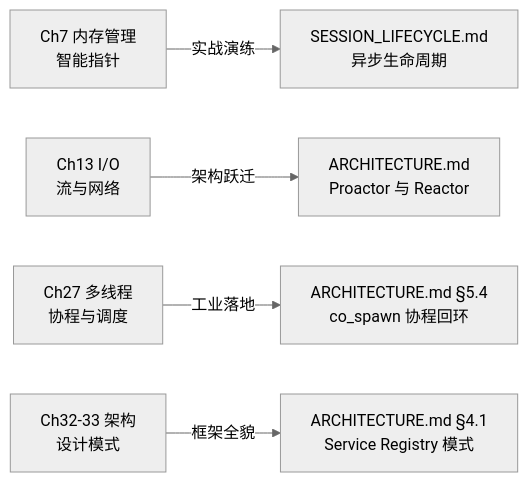
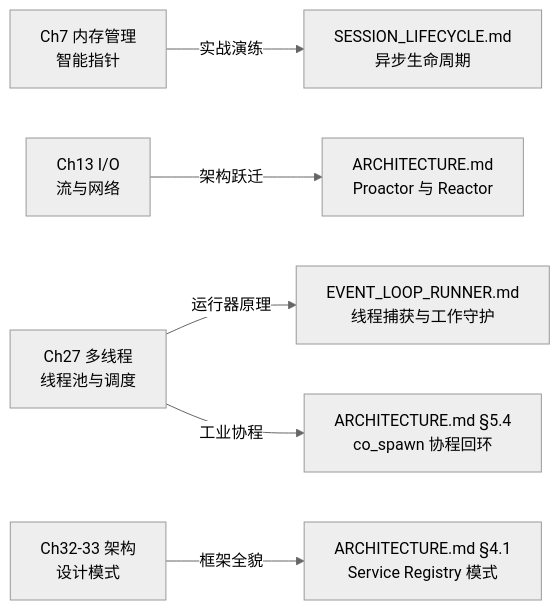
One commit to luckyJimLu/professional-cpp-learning changed the diagram in frameworks/asio/README.md. Above: the diagram before and after it, drawn with Mermaid (neutral theme). The commit also changed other lines of this file and 3 other files, not shown here.

Commit message:
docs(asio): add comprehensive event loop and thread pool runner document

````diff
--- a/frameworks/asio/README.md
+++ b/frameworks/asio/README.md
@@ -36,7 +37,8 @@
 ```mermaid
 flowchart LR
     Ch7["Ch7 内存管理<br/>智能指针"] -->|"实战演练"| DocLife["SESSION_LIFECYCLE.md<br/>异步生命周期"]
     Ch13["Ch13 I/O<br/>流与网络"] -->|"架构跃迁"| DocArch["ARCHITECTURE.md<br/>Proactor 与 Reactor"]
-    Ch27["Ch27 多线程<br/>协程与调度"] -->|"工业落地"| DocCoro["ARCHITECTURE.md §5.4<br/>co_spawn 协程回环"]
+    Ch27["Ch27 多线程<br/>线程池与调度"] -->|"运行器原理"| DocRunner["EVENT_LOOP_RUNNER.md<br/>线程捕获与工作守护"]
+    Ch27 -->|"工业协程"| DocCoro["ARCHITECTURE.md §5.4<br/>co_spawn 协程回环"]
     Ch32["Ch32-33 架构<br/>设计模式"] -->|"框架全貌"| DocSvc["ARCHITECTURE.md §4.1<br/>Service Registry 模式"]
 ```
````
